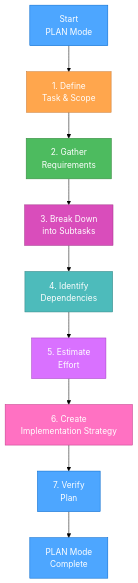
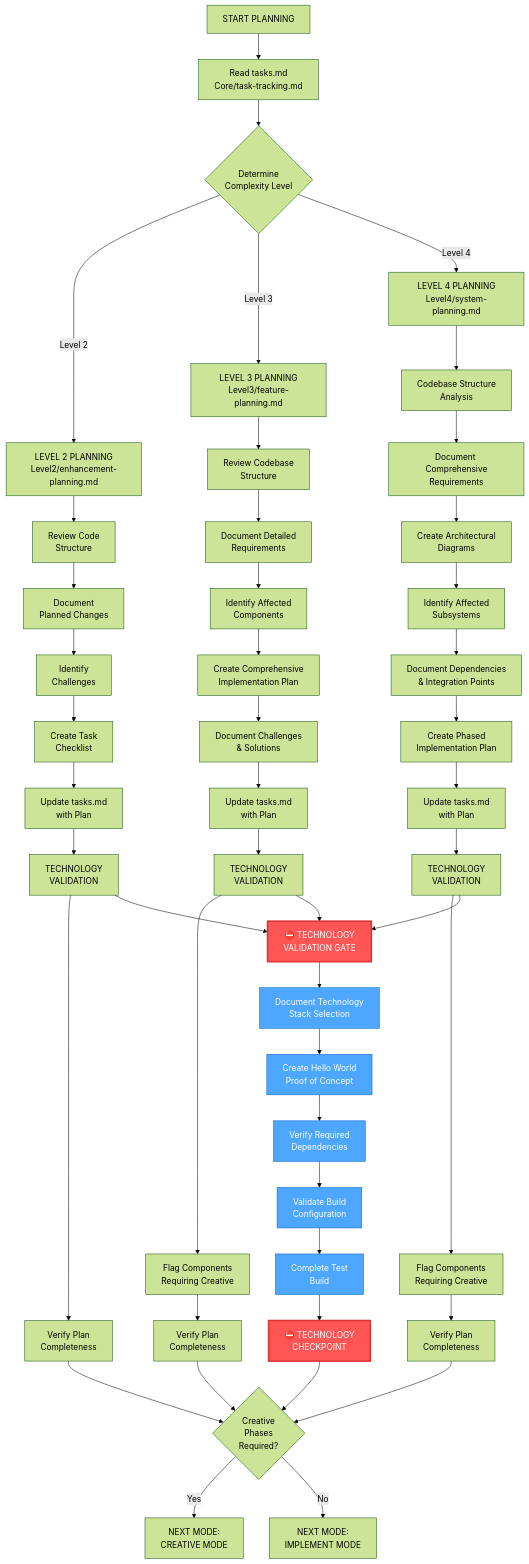
The first of 5 diagrams in .cursor/rules/isolation_rules/visual-maps/plan-mode-map.mdc (ubranch/shotgun), drawn with Mermaid (forest theme) before and after one commit. The commit also changed other lines of this file and 81 other files, not shown here.

Commit message:
feat: introduce new creative and implementation modes; enhance memory bank structure with detailed context documentation and visual process maps for improved workflow management

````diff
--- a/.cursor/rules/isolation_rules/visual-maps/plan-mode-map.mdc
+++ b/.cursor/rules/isolation_rules/visual-maps/plan-mode-map.mdc
@@ -13,21 +13,67 @@
 ```mermaid
 graph TD
-    Start["Start<br>PLAN Mode"] --> Define["1. Define<br>Task & Scope"]
-    Define --> Requirements["2. Gather<br>Requirements"]
-    Requirements --> Breakdown["3. Break Down<br>into Subtasks"]
-    Breakdown --> Dependencies["4. Identify<br>Dependencies"]
-    Dependencies --> Estimate["5. Estimate<br>Effort"]
-    Estimate --> Strategy["6. Create<br>Implementation Strategy"]
-    Strategy --> Verify["7. Verify<br>Plan"]
-    Verify --> Complete["PLAN Mode<br>Complete"]
+    Start["START PLANNING"] --> ReadTasks["Read tasks.md<br>Core/task-tracking.md"]
     
-    style Start fill:#4da6ff,stroke:#0066cc,color:white
-    style Define fill:#ffa64d,stroke:#cc7a30,color:white
-    style Requirements fill:#4dbb5f,stroke:#36873f,color:white
-    style Breakdown fill:#d94dbb,stroke:#a3378a,color:white
-    style Dependencies fill:#4dbbbb,stroke:#368787,color:white
-    style Estimate fill:#d971ff,stroke:#a33bc2,color:white
-    style Strategy fill:#ff71c2,stroke:#c23b8a,color:white
-    style Verify fill:#4da6ff,stroke:#0066cc,color:white
-    style Complete fill:#4da6ff,stroke:#0066cc,color:white
+    %% Complexity Level Determination
+    ReadTasks --> CheckLevel{"Determine<br>Complexity Level"}
+    CheckLevel -->|"Level 2"| Level2["LEVEL 2 PLANNING<br>Level2/enhancement-planning.md"]
+    CheckLevel -->|"Level 3"| Level3["LEVEL 3 PLANNING<br>Level3/feature-planning.md"]
+    CheckLevel -->|"Level 4"| Level4["LEVEL 4 PLANNING<br>Level4/system-planning.md"]
+    
+    %% Level 2 Planning
+    Level2 --> L2Review["Review Code<br>Structure"]
+    L2Review --> L2Document["Document<br>Planned Changes"]
+    L2Document --> L2Challenges["Identify<br>Challenges"]
+    L2Challenges --> L2Checklist["Create Task<br>Checklist"]
+    L2Checklist --> L2Update["Update tasks.md<br>with Plan"]
+    L2Update --> L2Tech["TECHNOLOGY<br>VALIDATION"]
+    L2Tech --> L2Verify["Verify Plan<br>Completeness"]
+    
+    %% Level 3 Planning
+    Level3 --> L3Review["Review Codebase<br>Structure"]
+    L3Review --> L3Requirements["Document Detailed<br>Requirements"]
+    L3Requirements --> L3Components["Identify Affected<br>Components"]
+    L3Components --> L3Plan["Create Comprehensive<br>Implementation Plan"]
+    L3Plan --> L3Challenges["Document Challenges<br>& Solutions"]
+    L3Challenges --> L3Update["Update tasks.md<br>with Plan"]
+    L3Update --> L3Tech["TECHNOLOGY<br>VALIDATION"]
+    L3Tech --> L3Flag["Flag Components<br>Requiring Creative"]
+    L3Flag --> L3Verify["Verify Plan<br>Completeness"]
+    
+    %% Level 4 Planning
+    Level4 --> L4Analysis["Codebase Structure<br>Analysis"]
+    L4Analysis --> L4Requirements["Document Comprehensive<br>Requirements"]
+    L4Requirements --> L4Diagrams["Create Architectural<br>Diagrams"]
+    L4Diagrams --> L4Subsystems["Identify Affected<br>Subsystems"]
+    L4Subsystems --> L4Dependencies["Document Dependencies<br>& Integration Points"]
+    L4Dependencies --> L4Plan["Create Phased<br>Implementation Plan"]
+    L4Plan --> L4Update["Update tasks.md<br>with Plan"]
+    L4Update --> L4Tech["TECHNOLOGY<br>VALIDATION"]
+    L4Tech --> L4Flag["Flag Components<br>Requiring Creative"]
+    L4Flag --> L4Verify["Verify Plan<br>Completeness"]
+    
+    %% Technology Validation Gate - NEW
+    L2Tech & L3Tech & L4Tech --> TechGate["⛔ TECHNOLOGY<br>VALIDATION GATE"]
+    TechGate --> TechSelection["Document Technology<br>Stack Selection"]
+    TechSelection --> TechHelloWorld["Create Hello World<br>Proof of Concept"]
+    TechHelloWorld --> TechDependencies["Verify Required<br>Dependencies"]
+    TechDependencies --> TechConfig["Validate Build<br>Configuration"]
+    TechConfig --> TechBuild["Complete Test<br>Build"]
+    TechBuild --> TechVerify["⛔ TECHNOLOGY<br>CHECKPOINT"]
+    
+    %% Verification & Completion
+    L2Verify & L3Verify & L4Verify & TechVerify --> CheckCreative{"Creative<br>Phases<br>Required?"}
+    
+    %% Mode Transition
+    CheckCreative -->|"Yes"| RecCreative["NEXT MODE:<br>CREATIVE MODE"]
+    CheckCreative -->|"No"| RecImplement["NEXT MODE:<br>IMPLEMENT MODE"]
+    
+    %% Style for Technology Gate
+    style TechGate fill:#ff5555,stroke:#dd3333,color:white,stroke-width:3px
+    style TechVerify fill:#ff5555,stroke:#dd3333,color:white,stroke-width:3px
+    style TechSelection fill:#4da6ff,stroke:#0066cc,color:white
+    style TechHelloWorld fill:#4da6ff,stroke:#0066cc,color:white
+    style TechDependencies fill:#4da6ff,stroke:#0066cc,color:white
+    style TechConfig fill:#4da6ff,stroke:#0066cc,color:white
+    style TechBuild fill:#4da6ff,stroke:#0066cc,color:white
 ```
````
